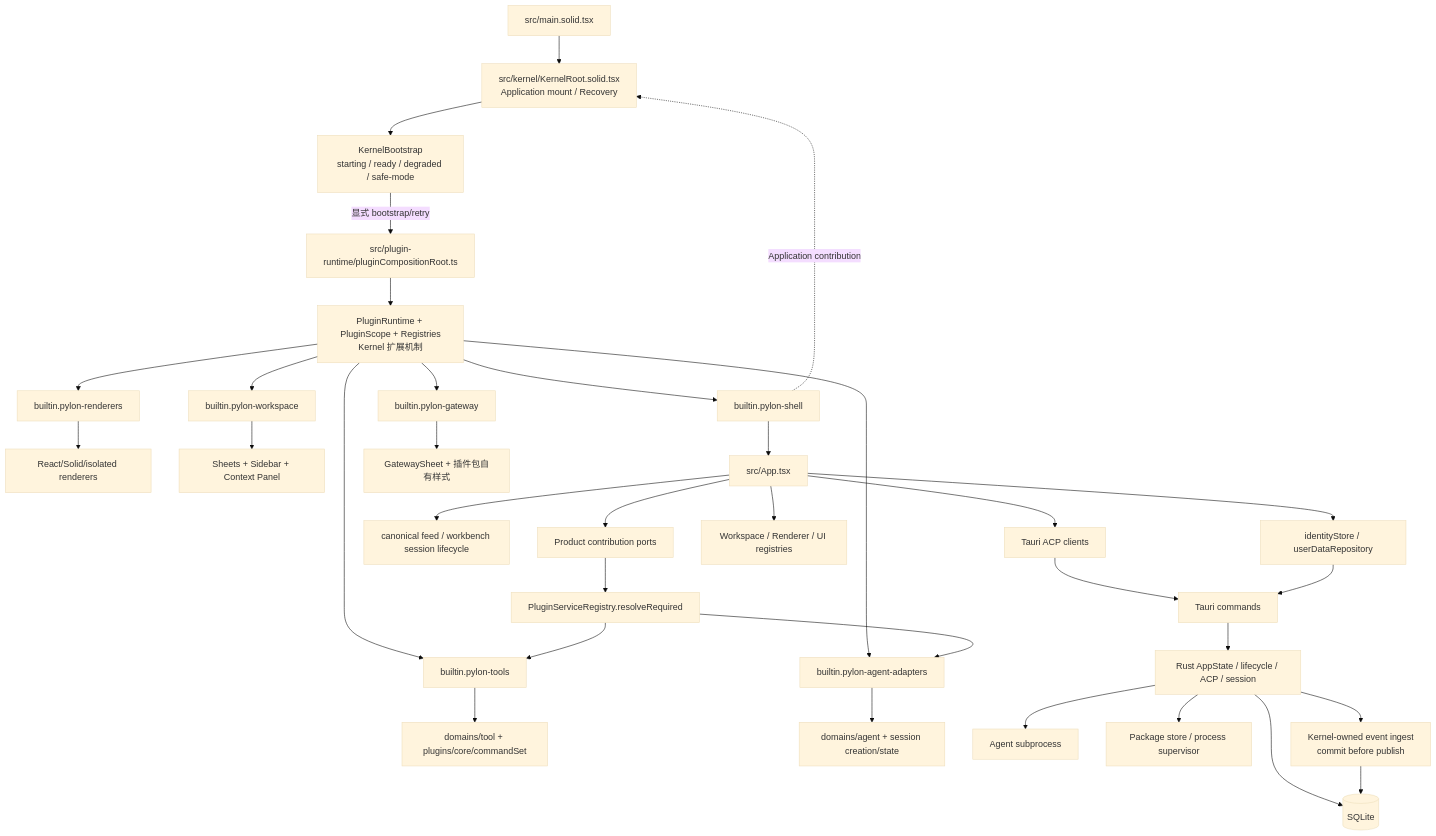
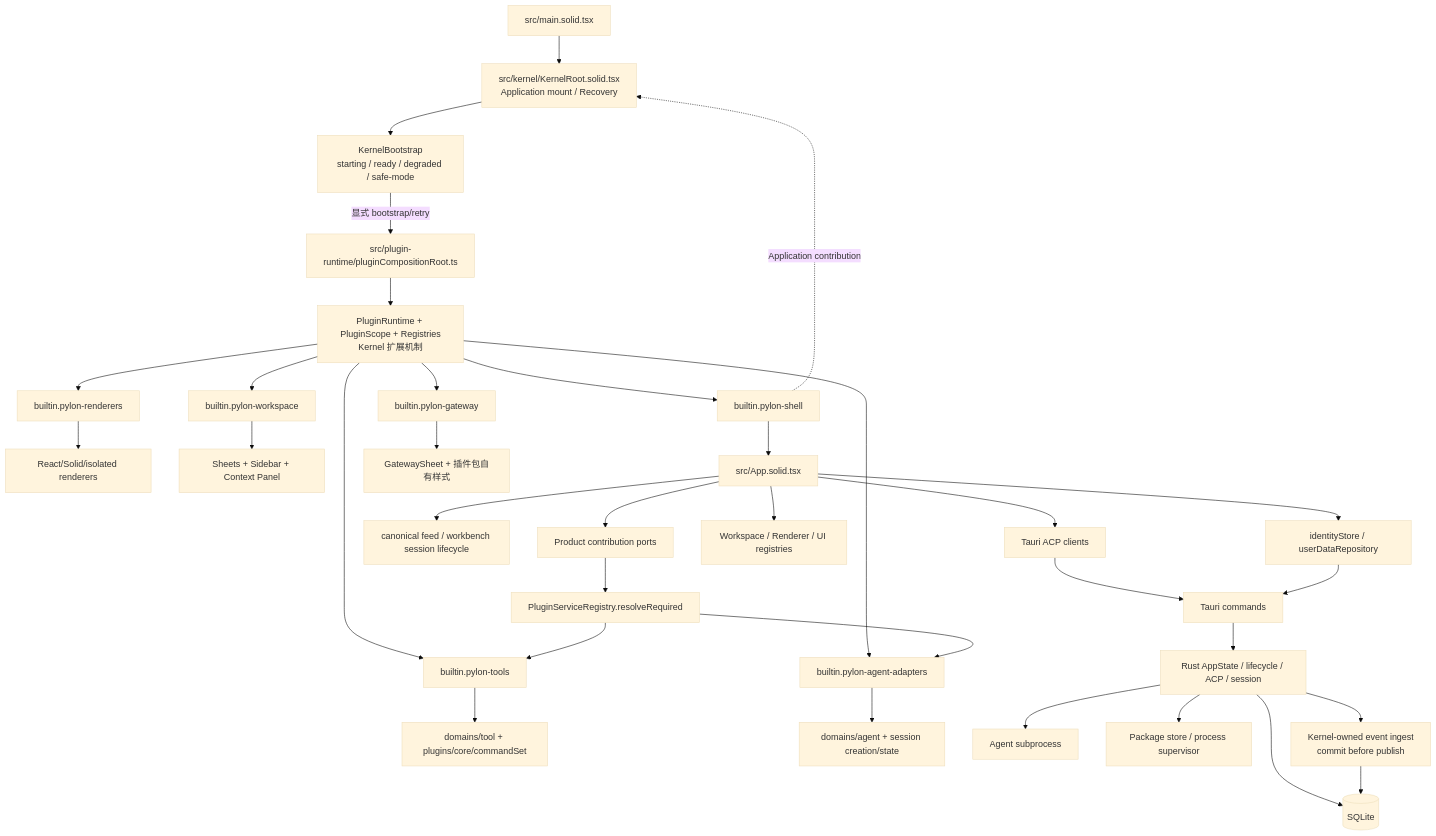
One commit to AlchemistCxC/Pylon-co-works changed the first of 7 diagrams in docs/说明书/Pylon-项目架构参考.md. Above: the diagram before and after it, drawn with Mermaid (base theme). The commit also changed other lines of this file and 15 other files, not shown here.

````diff
--- a/docs/说明书/Pylon-项目架构参考.md
+++ b/docs/说明书/Pylon-项目架构参考.md
@@ -43,42 +43,42 @@
 ```mermaid
 flowchart TB
   Entry["src/main.solid.tsx"] --> KR["src/kernel/KernelRoot.solid.tsx<br/>Application mount / Recovery"]
   KR --> KB["KernelBootstrap<br/>starting / ready / degraded / safe-mode"]
   KB -->|显式 bootstrap/retry| CR["src/plugin-runtime/pluginCompositionRoot.ts"]
   CR --> PR["PluginRuntime + PluginScope + Registries<br/>Kernel 扩展机制"]
 
   PR --> Tools["builtin.pylon-tools"]
   PR --> Agents["builtin.pylon-agent-adapters"]
   PR --> Renderers["builtin.pylon-renderers"]
   PR --> Workspace["builtin.pylon-workspace"]
   PR --> Shell["builtin.pylon-shell"]
   PR --> Gateway["builtin.pylon-gateway"]
 
   Tools --> ToolImpl["domains/tool + plugins/core/commandSet"]
   Agents --> AgentImpl["domains/agent + session creation/state"]
   Renderers --> RendererImpl["React/Solid/isolated renderers"]
   Workspace --> WorkspaceImpl["Sheets + Sidebar + Context Panel"]
-  Shell --> App["src/App.tsx"]
+  Shell --> App["src/App.solid.tsx"]
   Gateway --> GatewayImpl["GatewaySheet + 插件包自有样式"]
 
   App --> Identity["identityStore / userDataRepository"]
   App --> Chat["canonical feed / workbench session lifecycle"]
   App --> AcpClients["Tauri ACP clients"]
   App --> PluginConsumers["Workspace / Renderer / UI registries"]
   App --> ProductPorts["Product contribution ports"]
   ProductPorts --> ServiceRegistry["PluginServiceRegistry.resolveRequired"]
   ServiceRegistry --> Tools
   ServiceRegistry --> Agents
 
   AcpClients --> IPC["Tauri commands"]
   IPC --> RustKernel["Rust AppState / lifecycle / ACP / session"]
   RustKernel --> AgentProc["Agent subprocess"]
   RustKernel --> SQLite[("SQLite")]
   RustKernel --> NativePlugins["Package store / process supervisor"]
 
   RustKernel --> KernelIngest["Kernel-owned event ingest<br/>commit before publish"]
   KernelIngest --> SQLite
   Identity --> IPC
 
   Shell -.Application contribution.-> KR
 ```
````
